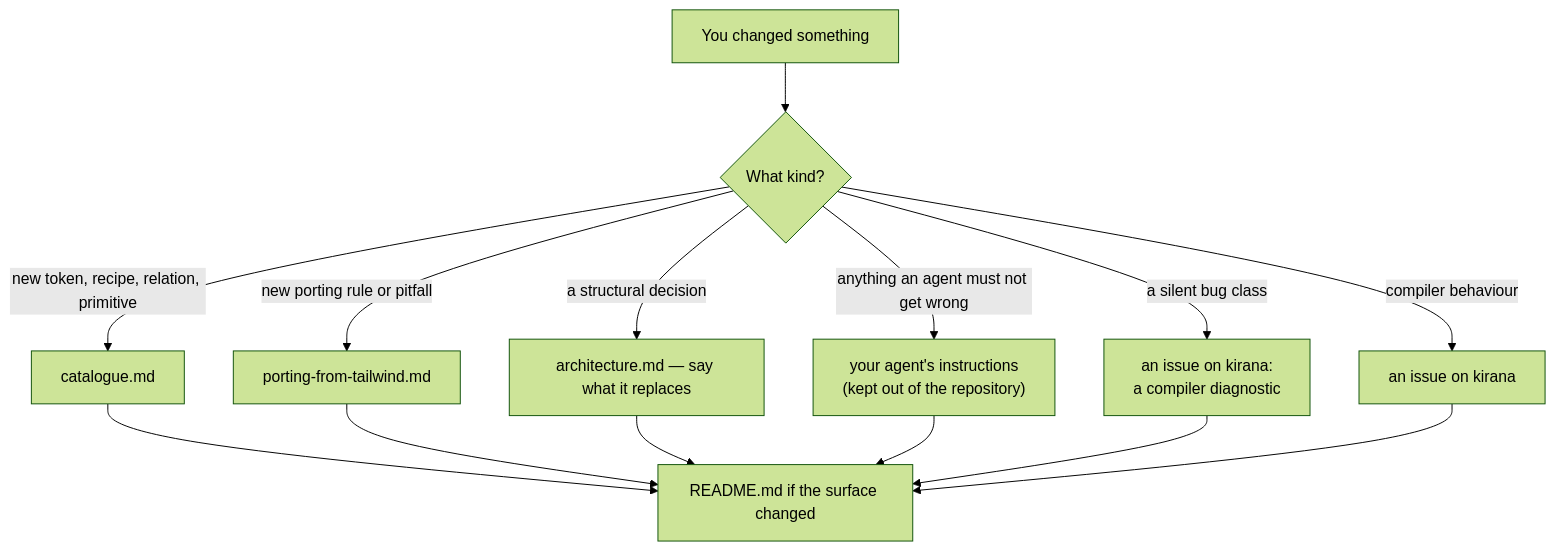
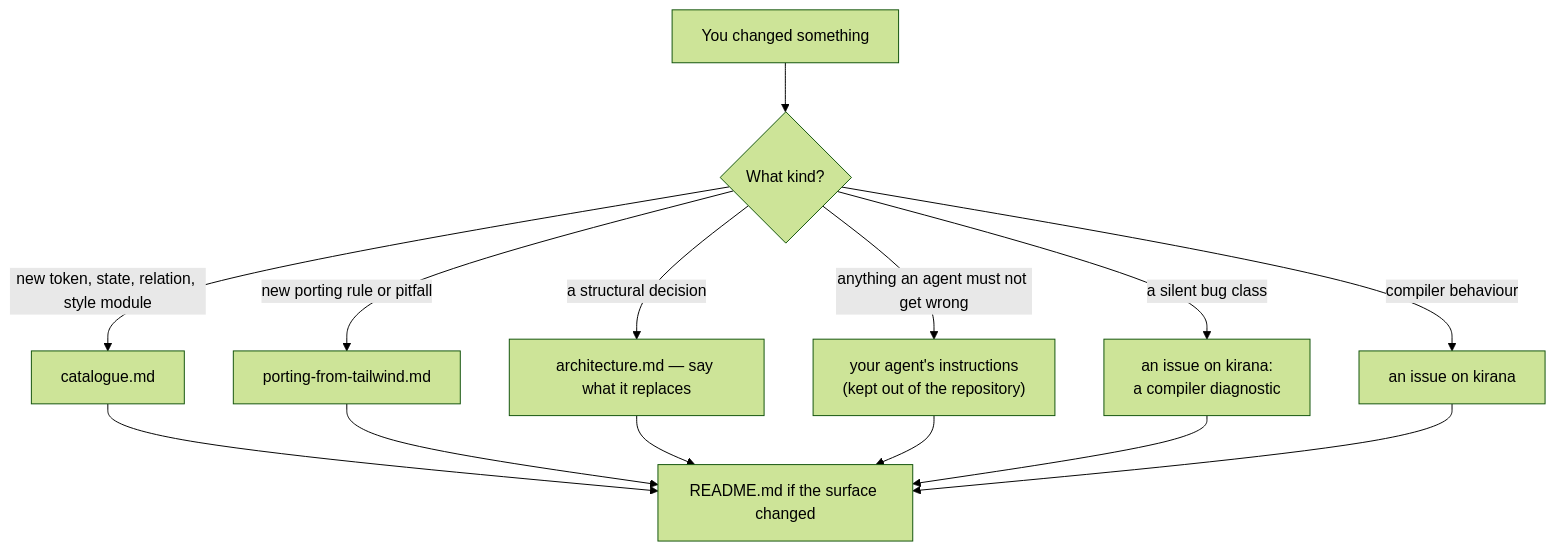
One commit to kirana-style/kirana-ui changed the fourth of 4 diagrams in docs/workflows.md. Above: the diagram before and after it, drawn with Mermaid (forest theme). The commit also changed other lines of this file and 677 other files, not shown here.

````diff
--- a/docs/workflows.md
+++ b/docs/workflows.md
@@ -646,11 +565,11 @@
 ```mermaid
 flowchart TD
     A["You changed something"] --> B{"What kind?"}
-    B -->|"new token, recipe, relation, primitive"| C["catalogue.md"]
+    B -->|"new token, state, relation, style module"| C["catalogue.md"]
     B -->|"a silent bug class"| H["an issue on kirana:<br/>a compiler diagnostic"]
     B -->|"new porting rule or pitfall"| D["porting-from-tailwind.md"]
     B -->|"a structural decision"| E["architecture.md — say what it replaces"]
     B -->|"anything an agent must not get wrong"| F["your agent's instructions<br/>(kept out of the repository)"]
     B -->|"compiler behaviour"| K["an issue on kirana"]
     C & D & E & F & H & K --> G["README.md if the surface changed"]
 ```
````
